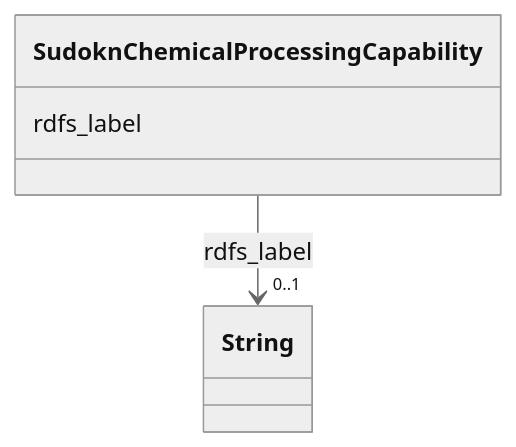
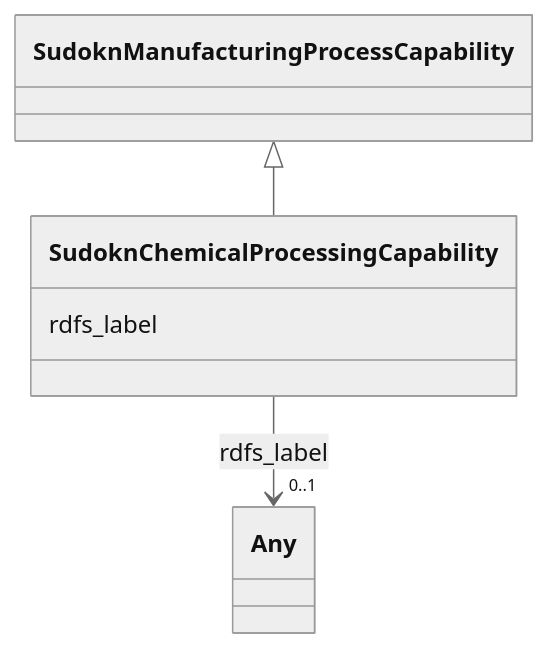
Before and after one commit to frink-okn/graph-descriptions: the diagram in sudokn-kg/classes/SudoknChemicalProcessingCapability.md, drawn with Mermaid (neutral theme). The commit also changed other lines of this file and 903 other files, not shown here.

````diff
--- a/sudokn-kg/classes/SudoknChemicalProcessingCapability.md
+++ b/sudokn-kg/classes/SudoknChemicalProcessingCapability.md
@@ -23,15 +18,18 @@
 ```mermaid
  classDiagram
     class SudoknChemicalProcessingCapability
     click SudoknChemicalProcessingCapability href "../SudoknChemicalProcessingCapability"
+      SudoknManufacturingProcessCapability <|-- SudoknChemicalProcessingCapability
+        click SudoknManufacturingProcessCapability href "../SudoknManufacturingProcessCapability"
+      
       SudoknChemicalProcessingCapability : rdfs_label
         
           
     
     
-    SudoknChemicalProcessingCapability --> "0..1" String : rdfs_label
-    click String href "../String"
+    SudoknChemicalProcessingCapability --> "0..1" Any : rdfs_label
+    click Any href "../Any"
 
         
       
 ```
````
